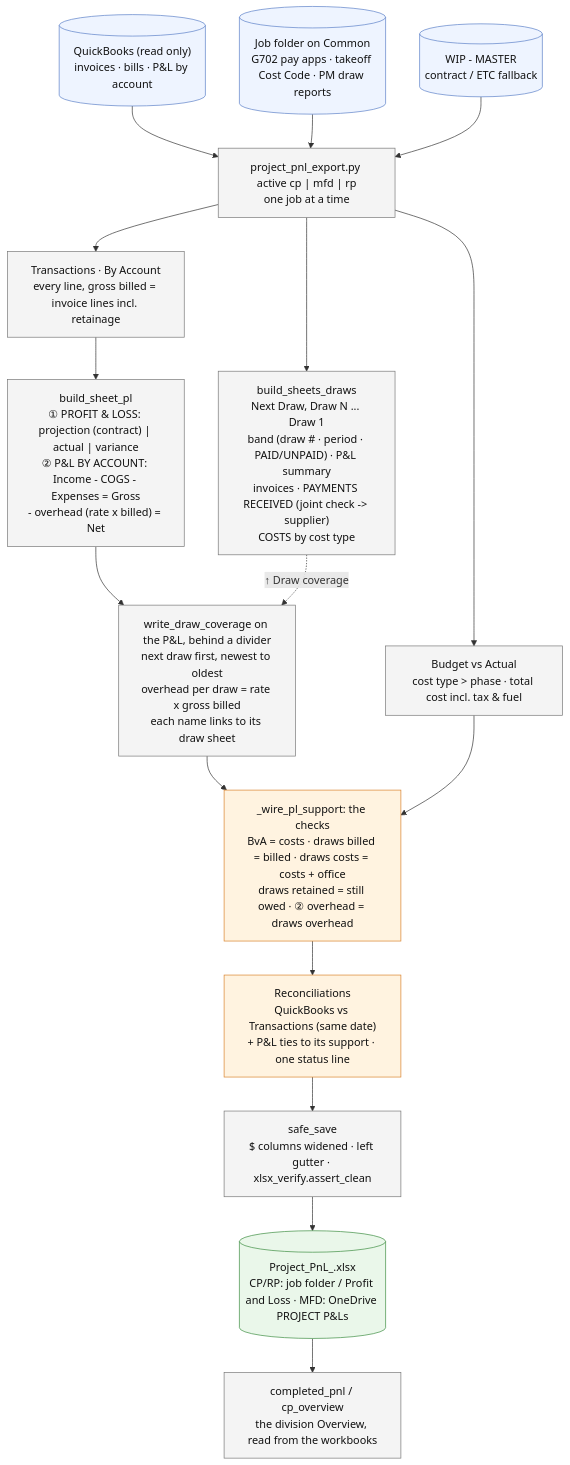
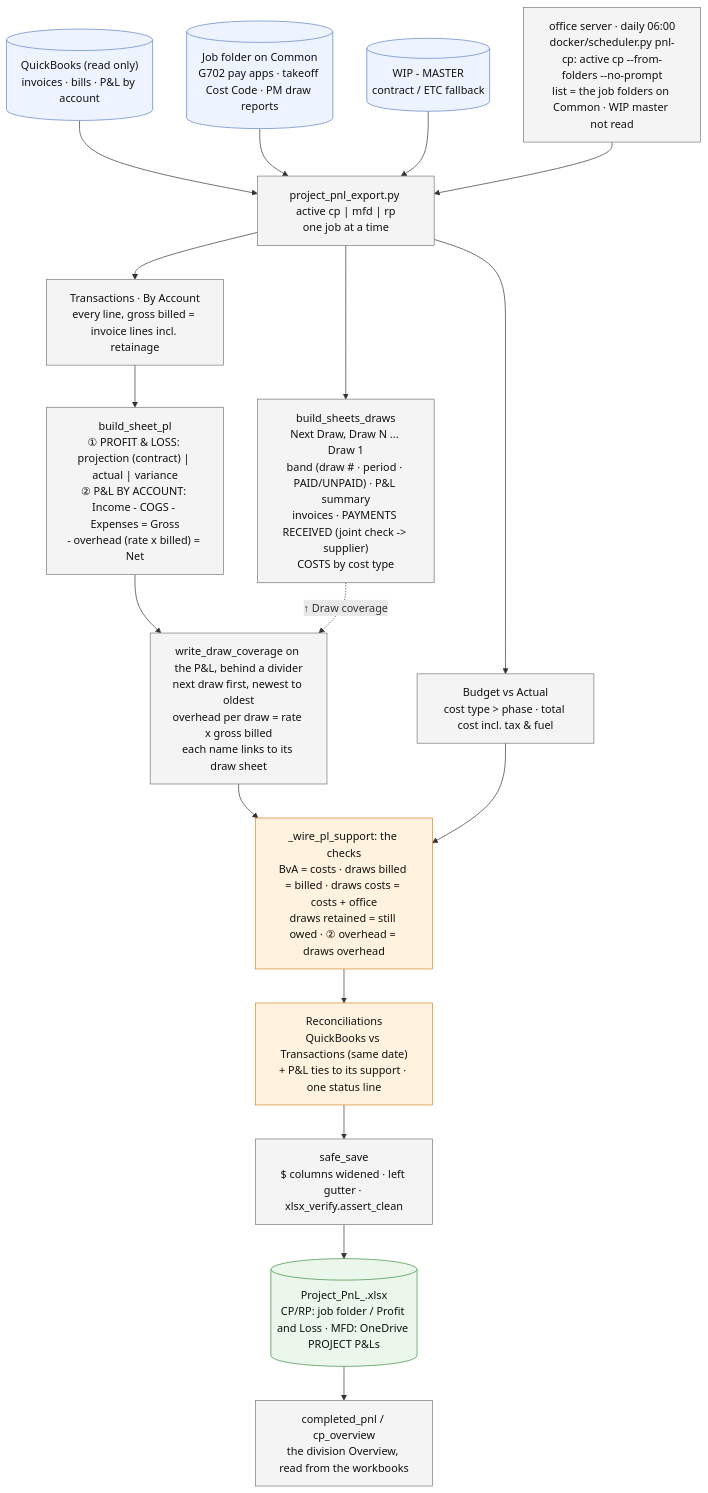
The diagram in project-pnl/FLOW.md (Ecarlo-Proficient/Claude-Report), drawn with Mermaid before and after one commit. The commit also changed other lines of this file and 15 other files, not shown here.

Commit message:
office server: CP P&Ls daily at 06:00 - active cp --from-folders (the job folders on Common are the list, WIP master not read), QBO transactions per job, CP Overview last; runs in the background, writer-file gated; project-pnl in the image, awarded-projects mount

````diff
--- a/project-pnl/FLOW.md
+++ b/project-pnl/FLOW.md
@@ -12,25 +12,26 @@
 ```mermaid
 flowchart TD
     classDef src fill:#eef4ff,stroke:#5b7fc7,color:#111
     classDef tool fill:#f4f4f4,stroke:#777,color:#111
     classDef gate fill:#fff3e0,stroke:#d9822b,color:#111
     classDef out fill:#eaf7ea,stroke:#3c8d40,color:#111
 
     QBO[("QuickBooks (read only)<br/>invoices · bills · P&L by account")]:::src
     DOCS[("Job folder on Common<br/>G702 pay apps · takeoff Cost Code · PM draw reports")]:::src
     WIP[("WIP - MASTER<br/>contract / ETC fallback")]:::src
     QBO & DOCS & WIP --> GEN["project_pnl_export.py active cp | mfd | rp<br/>one job at a time"]:::tool
+    SRV["office server · daily 06:00<br/>docker/scheduler.py pnl-cp: active cp --from-folders --no-prompt<br/>list = the job folders on Common · WIP master not read"]:::tool --> GEN
 
     GEN --> TX["Transactions · By Account<br/>every line, gross billed = invoice lines incl. retainage"]:::tool
     GEN --> DRW["build_sheets_draws<br/>Next Draw, Draw N ... Draw 1<br/>band (draw # · period · PAID/UNPAID) · P&L summary<br/>invoices · PAYMENTS RECEIVED (joint check -> supplier)<br/>COSTS by cost type"]:::tool
     GEN --> BVA["Budget vs Actual<br/>cost type > phase · total cost incl. tax & fuel"]:::tool
     TX --> PL["build_sheet_pl<br/>① PROFIT & LOSS: projection (contract) | actual | variance<br/>② P&L BY ACCOUNT: Income - COGS - Expenses = Gross<br/>- overhead (rate x billed) = Net"]:::tool
     PL --> COV["write_draw_coverage on the P&L, behind a divider<br/>next draw first, newest to oldest<br/>overhead per draw = rate x gross billed<br/>each name links to its draw sheet"]:::tool
     DRW -. "↑ Draw coverage" .-> COV
     COV --> CHK["_wire_pl_support: the checks<br/>BvA = costs · draws billed = billed · draws costs = costs + office<br/>draws retained = still owed · ② overhead = draws overhead"]:::gate
     BVA --> CHK
     CHK --> REC["Reconciliations<br/>QuickBooks vs Transactions (same date)<br/>+ P&L ties to its support · one status line"]:::gate
     REC --> SAVE["safe_save<br/>$ columns widened · left gutter · xlsx_verify.assert_clean"]:::tool
     SAVE --> OUT[("Project_PnL_<job>.xlsx<br/>CP/RP: job folder / Profit and Loss · MFD: OneDrive PROJECT P&Ls")]:::out
     OUT --> OV["completed_pnl / cp_overview<br/>the division Overview, read from the workbooks"]:::tool
 ```
````
